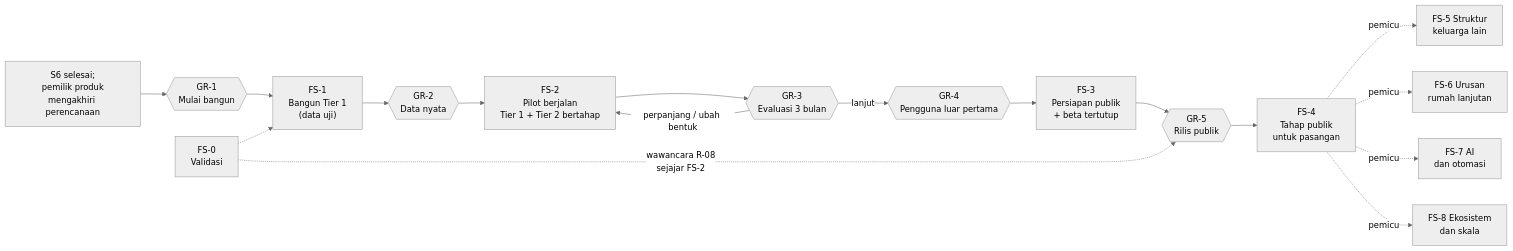
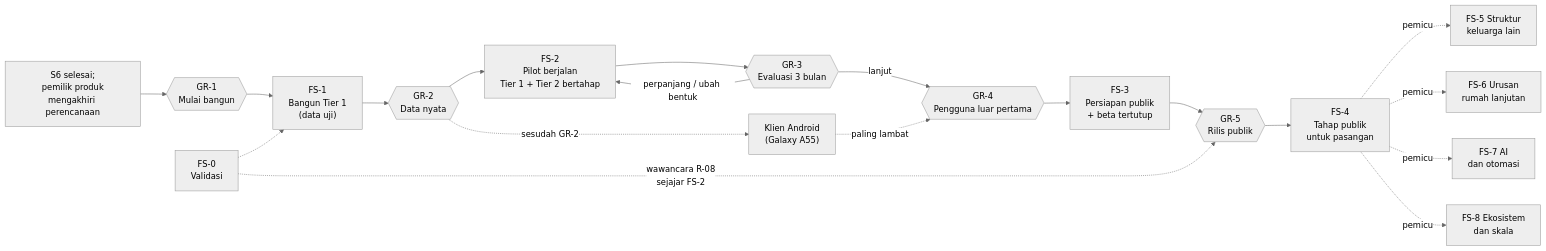
One commit to abiyanzimran/casa changed the first of 2 diagrams in docs/13-product-roadmap.md. Above: the diagram before and after it, drawn with Mermaid (neutral theme). The commit also changed other lines of this file and 22 other files, not shown here.

````diff
--- a/docs/13-product-roadmap.md
+++ b/docs/13-product-roadmap.md
@@ -46,19 +46,21 @@
 ```mermaid
 flowchart LR
     S6["S6 selesai;<br/>pemilik produk<br/>mengakhiri perencanaan"] --> GR1{{"GR-1<br/>Mulai bangun"}}
     GR1 --> FS1["FS-1<br/>Bangun Tier 1<br/>(data uji)"]
     FS0["FS-0<br/>Validasi"] -.-> FS1
     FS1 --> GR2{{"GR-2<br/>Data nyata"}}
     GR2 --> FS2["FS-2<br/>Pilot berjalan<br/>Tier 1 + Tier 2 bertahap"]
+    GR2 -. "sesudah GR-2" .-> AND["Klien Android<br/>(Galaxy A55)"]
+    AND -. "paling lambat" .-> GR4
     FS0 -. "wawancara R-08<br/>sejajar FS-2" .-> GR5
     FS2 --> GR3{{"GR-3<br/>Evaluasi 3 bulan"}}
     GR3 -- "perpanjang / ubah bentuk" --> FS2
     GR3 -- "lanjut" --> GR4{{"GR-4<br/>Pengguna luar pertama"}}
     GR4 --> FS3["FS-3<br/>Persiapan publik<br/>+ beta tertutup"]
     FS3 --> GR5{{"GR-5<br/>Rilis publik"}}
     GR5 --> FS4["FS-4<br/>Tahap publik<br/>untuk pasangan"]
     FS4 -. "pemicu" .-> FS5["FS-5 Struktur<br/>keluarga lain"]
     FS4 -. "pemicu" .-> FS6["FS-6 Urusan<br/>rumah lanjutan"]
     FS4 -. "pemicu" .-> FS7["FS-7 AI<br/>dan otomasi"]
     FS4 -. "pemicu" .-> FS8["FS-8 Ekosistem<br/>dan skala"]
 ```
````
